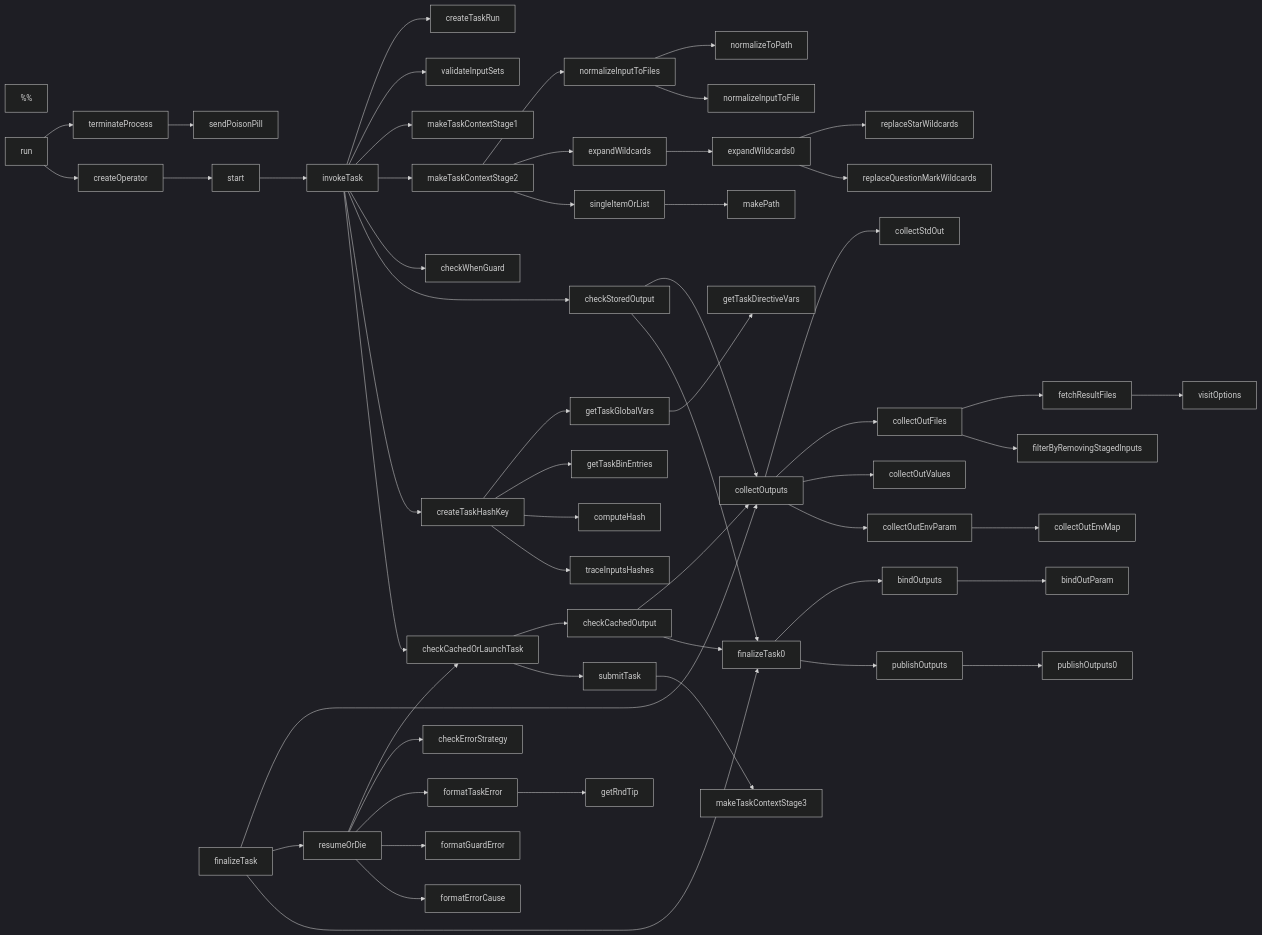
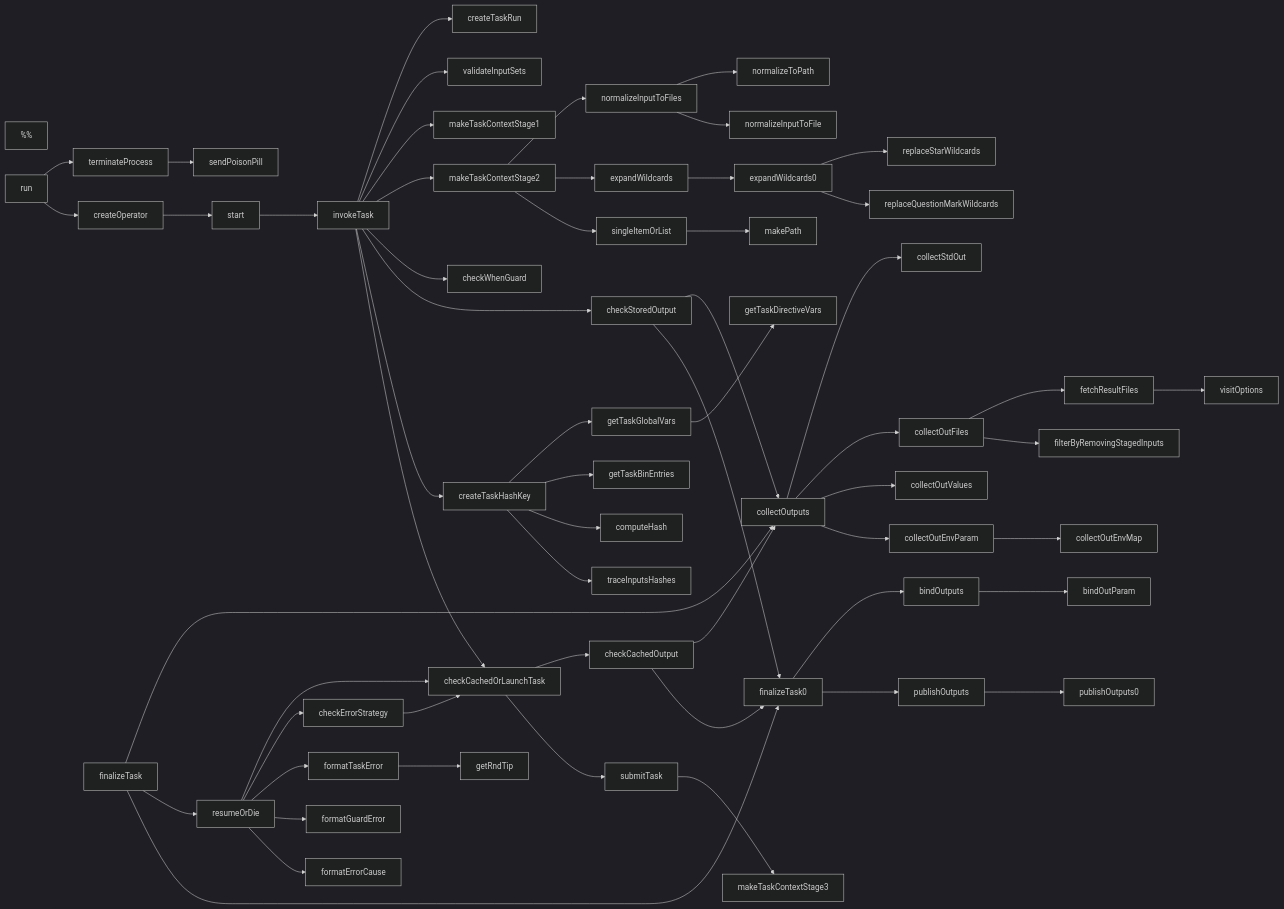
One commit to nextflow-io/nextflow changed the diagram in docs/call-graphs/nextflow.processor.TaskProcessor.mmd. Above: the diagram before and after it, drawn with Mermaid (dark theme).

```diff
--- a/docs/call-graphs/nextflow.processor.TaskProcessor.mmd
+++ b/docs/call-graphs/nextflow.processor.TaskProcessor.mmd
@@ -1,79 +1,81 @@
 flowchart LR
     %%
     %% nextflow.processor.TaskProcessor
     %%
     run --> terminateProcess
     run --> createOperator
 
     terminateProcess --> sendPoisonPill
 
     createOperator --> start
     start --> invokeTask
 
     invokeTask --> createTaskRun
     invokeTask --> validateInputSets
     invokeTask --> makeTaskContextStage1
     invokeTask --> makeTaskContextStage2
     invokeTask --> checkWhenGuard
     invokeTask --> checkStoredOutput
     invokeTask --> createTaskHashKey
     invokeTask --> checkCachedOrLaunchTask
 
     makeTaskContextStage2 --> normalizeInputToFiles
     makeTaskContextStage2 --> expandWildcards
     makeTaskContextStage2 --> singleItemOrList
 
     normalizeInputToFiles --> normalizeToPath
     normalizeInputToFiles --> normalizeInputToFile
 
     expandWildcards --> expandWildcards0
     expandWildcards0 --> replaceStarWildcards
     expandWildcards0 --> replaceQuestionMarkWildcards
 
     singleItemOrList --> makePath
 
     checkStoredOutput --> collectOutputs
     checkStoredOutput --> finalizeTask0
 
     createTaskHashKey --> getTaskGlobalVars
     createTaskHashKey --> getTaskBinEntries
     createTaskHashKey --> computeHash
     createTaskHashKey --> traceInputsHashes
 
     getTaskGlobalVars --> getTaskDirectiveVars
 
     checkCachedOrLaunchTask --> checkCachedOutput
     checkCachedOrLaunchTask --> submitTask
 
     checkCachedOutput --> collectOutputs
     checkCachedOutput --> finalizeTask0
 
     submitTask --> makeTaskContextStage3
 
     finalizeTask --> collectOutputs
     finalizeTask --> resumeOrDie
     finalizeTask --> finalizeTask0
 
     collectOutputs --> collectStdOut
     collectOutputs --> collectOutFiles
     collectOutputs --> collectOutValues
     collectOutputs --> collectOutEnvParam
 
     collectOutFiles --> fetchResultFiles
     collectOutFiles --> filterByRemovingStagedInputs
     fetchResultFiles --> visitOptions
     collectOutEnvParam --> collectOutEnvMap
 
     resumeOrDie --> checkCachedOrLaunchTask
     resumeOrDie --> checkErrorStrategy
     resumeOrDie --> formatTaskError
     resumeOrDie --> formatGuardError
     resumeOrDie --> formatErrorCause
 
+    checkErrorStrategy --> checkCachedOrLaunchTask
+
     formatTaskError --> getRndTip
 
     finalizeTask0 --> bindOutputs
     finalizeTask0 --> publishOutputs
 
     bindOutputs --> bindOutParam
     publishOutputs --> publishOutputs0
```
